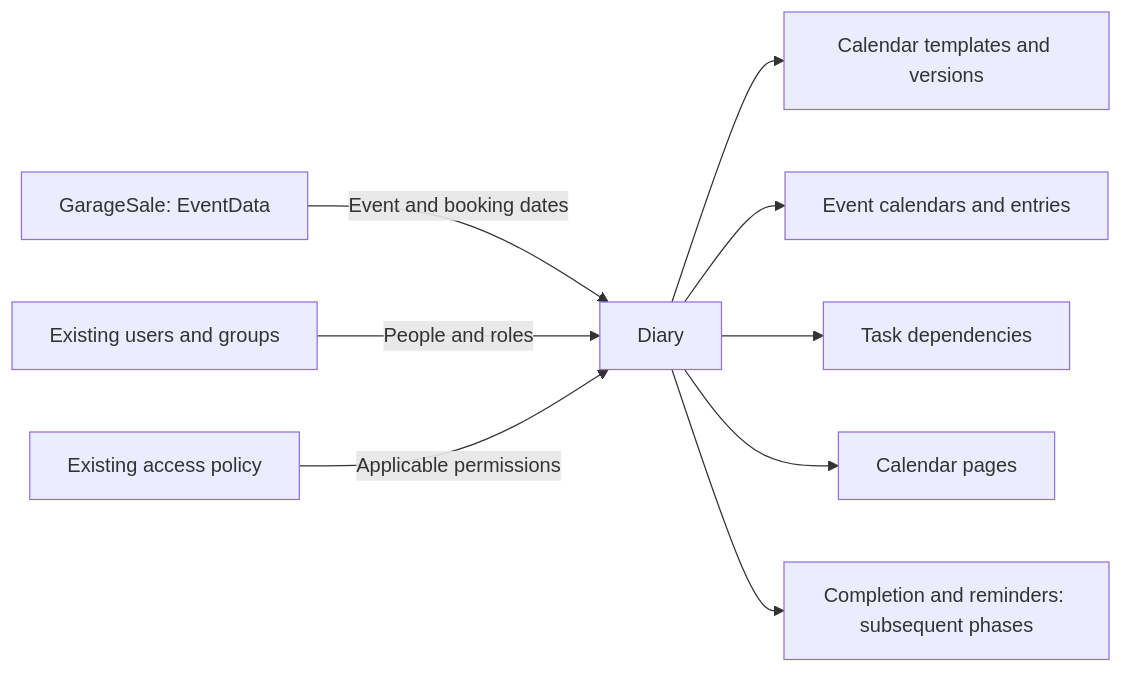
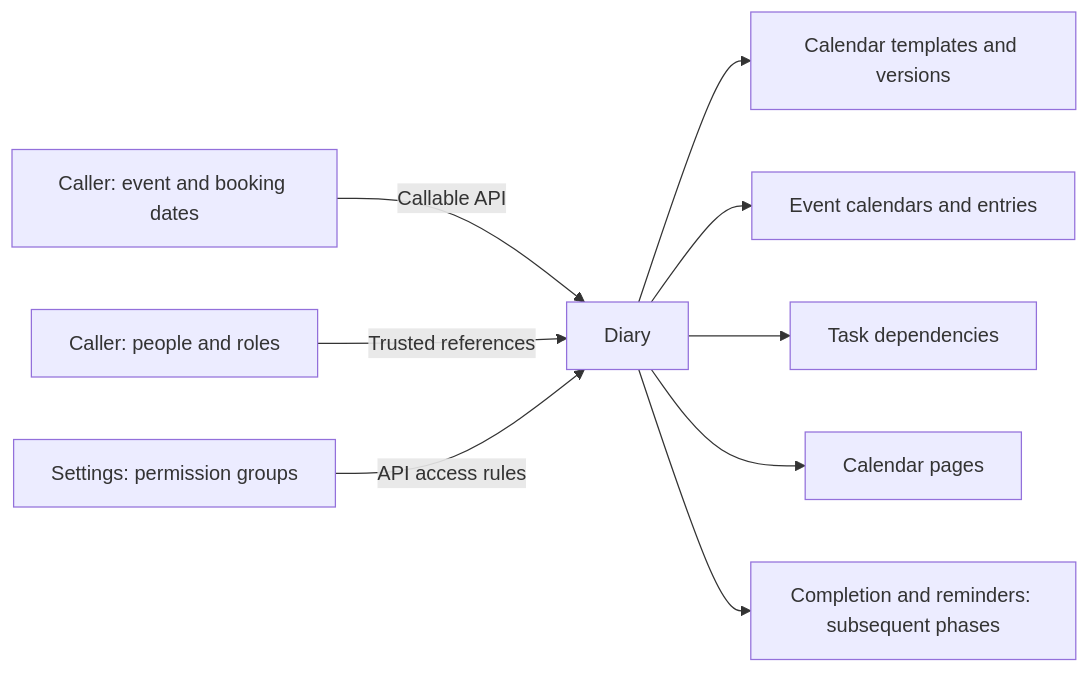
One commit to TonyFlury/GarageSale changed the first of 14 diagrams in docs/design/event-calendar.md. Above: the diagram before and after it, drawn with Mermaid. The commit also changed other lines of this file and 24 other files, not shown here.

Commit message:
Create independent Diary app with models, migrations and callable API

````diff
--- a/docs/design/event-calendar.md
+++ b/docs/design/event-calendar.md
@@ -130,11 +147,11 @@
 ```mermaid
 flowchart LR
-    A[GarageSale: EventData] -->|Event and booking dates| D[Diary]
-    B[Existing users and groups] -->|People and roles| D
-    C[Existing access policy] -->|Applicable permissions| D
+    A[Caller: event and booking dates] -->|Callable API| D[Diary]
+    B[Caller: people and roles] -->|Trusted references| D
+    C[Settings: permission groups] -->|API access rules| D
     D --> E[Calendar templates and versions]
     D --> F[Event calendars and entries]
     D --> G[Task dependencies]
     D --> H[Calendar pages]
     D --> I[Completion and reminders: subsequent phases]
 ```
````
